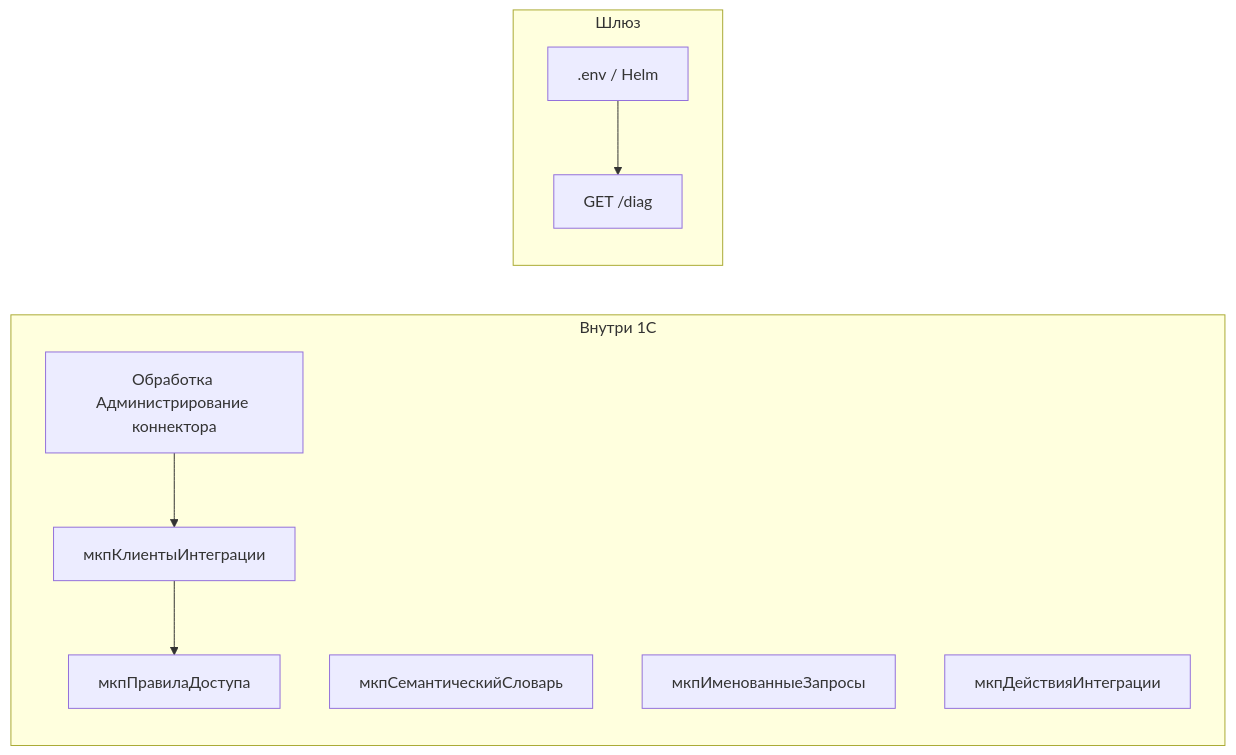
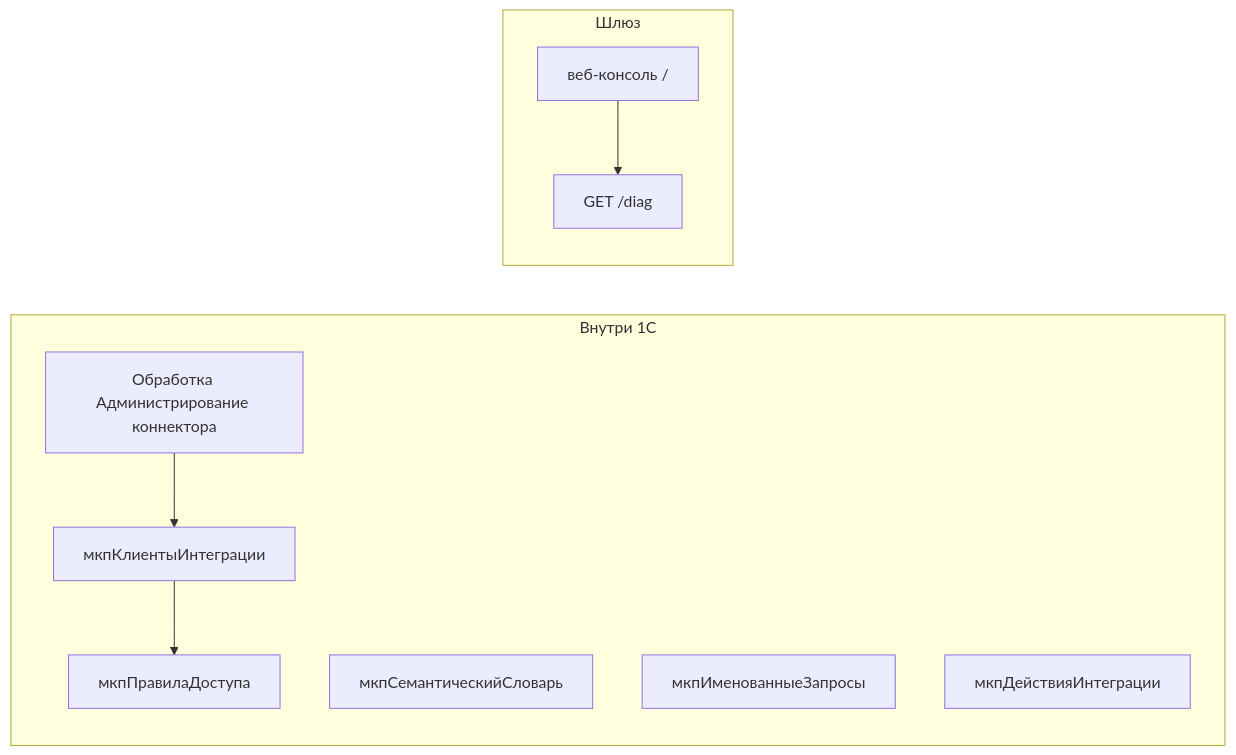
One commit to chastnik/1cmcp changed the diagram in docs/admin/overview.md. Above: the diagram before and after it, drawn with Mermaid. The commit also changed other lines of this file and 51 other files, not shown here.

First line of the commit message:
Ф10: веб-консоль шлюза, админка баз и операторов

````diff
--- a/docs/admin/overview.md
+++ b/docs/admin/overview.md
@@ -5,18 +5,18 @@
 ```mermaid
 flowchart LR
   subgraph oneC["Внутри 1С"]
     Admin["Обработка Администрирование коннектора"]
     Clients["мкпКлиентыИнтеграции"]
     ACL["мкпПравилаДоступа"]
     Dict["мкпСемантическийСловарь"]
     Q["мкпИменованныеЗапросы"]
     Act["мкпДействияИнтеграции"]
   end
   subgraph gw["Шлюз"]
-    Env[".env / Helm"]
+    UI["веб-консоль /"]
     Diag["GET /diag"]
   end
   Admin --> Clients
   Clients --> ACL
-  Env --> Diag
+  UI --> Diag
 ```
````
